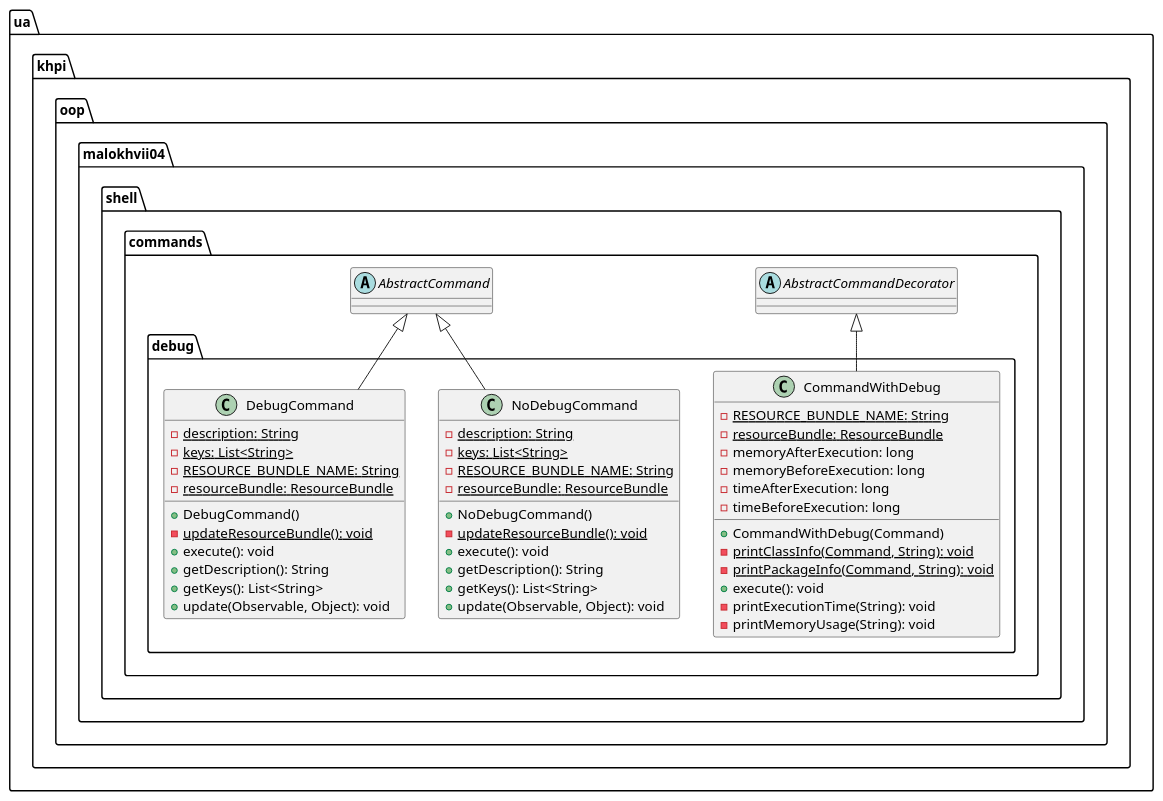
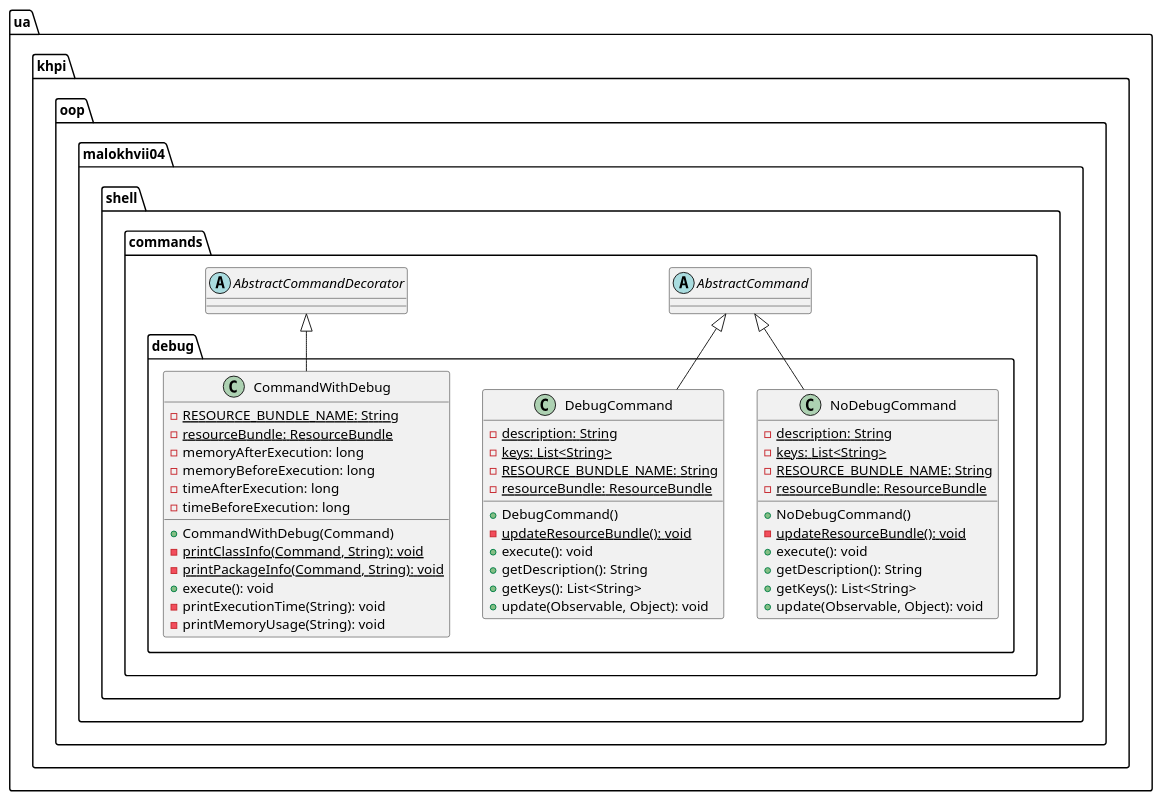
Before and after one commit to P-Kalin/kit26a: the diagram in malokhvii-eduard/malokhvii04/doc/plantuml/ua/khpi/oop/malokhvii04/shell/commands/debug/package.puml, drawn with PlantUML. The commit also changed other lines of this file and 37 other files, not shown here.

Commit message:
#1, #3 malokhvii04: update graphs

```diff
--- a/malokhvii-eduard/malokhvii04/doc/plantuml/ua/khpi/oop/malokhvii04/shell/commands/debug/package.puml
+++ b/malokhvii-eduard/malokhvii04/doc/plantuml/ua/khpi/oop/malokhvii04/shell/commands/debug/package.puml
@@ -1,56 +1,56 @@
 @startuml
 
     namespace ua.khpi.oop.malokhvii04.shell.commands.debug {
-
-        class CommandWithDebug {
-            {static} -RESOURCE_BUNDLE_NAME: String
-            {static} -resourceBundle: ResourceBundle
-            -memoryAfterExecution: long
-            -memoryBeforeExecution: long
-            -timeAfterExecution: long
-            -timeBeforeExecution: long
-            +CommandWithDebug(Command)
-            {static} -printClassInfo(Command, String): void
-            {static} -printPackageInfo(Command, String): void
-            +execute(): void
-            -printExecutionTime(String): void
-            -printMemoryUsage(String): void
-        }
 
         class NoDebugCommand {
             {static} -description: String
             {static} -keys: List<String>
             {static} -RESOURCE_BUNDLE_NAME: String
             {static} -resourceBundle: ResourceBundle
             +NoDebugCommand()
             {static} -updateResourceBundle(): void
             +execute(): void
             +getDescription(): String
             +getKeys(): List<String>
             +update(Observable, Object): void
         }
 
         class DebugCommand {
             {static} -description: String
             {static} -keys: List<String>
             {static} -RESOURCE_BUNDLE_NAME: String
             {static} -resourceBundle: ResourceBundle
             +DebugCommand()
             {static} -updateResourceBundle(): void
             +execute(): void
             +getDescription(): String
             +getKeys(): List<String>
             +update(Observable, Object): void
         }
 
-        abstract class ua.khpi.oop.malokhvii04.shell.commands.AbstractCommandDecorator
-        ua.khpi.oop.malokhvii04.shell.commands.AbstractCommandDecorator <|-- CommandWithDebug
+        class CommandWithDebug {
+            {static} -RESOURCE_BUNDLE_NAME: String
+            {static} -resourceBundle: ResourceBundle
+            -memoryAfterExecution: long
+            -memoryBeforeExecution: long
+            -timeAfterExecution: long
+            -timeBeforeExecution: long
+            +CommandWithDebug(Command)
+            {static} -printClassInfo(Command, String): void
+            {static} -printPackageInfo(Command, String): void
+            +execute(): void
+            -printExecutionTime(String): void
+            -printMemoryUsage(String): void
+        }
 
         abstract class ua.khpi.oop.malokhvii04.shell.commands.AbstractCommand
         ua.khpi.oop.malokhvii04.shell.commands.AbstractCommand <|-- NoDebugCommand
 
         ua.khpi.oop.malokhvii04.shell.commands.AbstractCommand <|-- DebugCommand
 
+        abstract class ua.khpi.oop.malokhvii04.shell.commands.AbstractCommandDecorator
+        ua.khpi.oop.malokhvii04.shell.commands.AbstractCommandDecorator <|-- CommandWithDebug
+
     }
 
 @enduml
```
